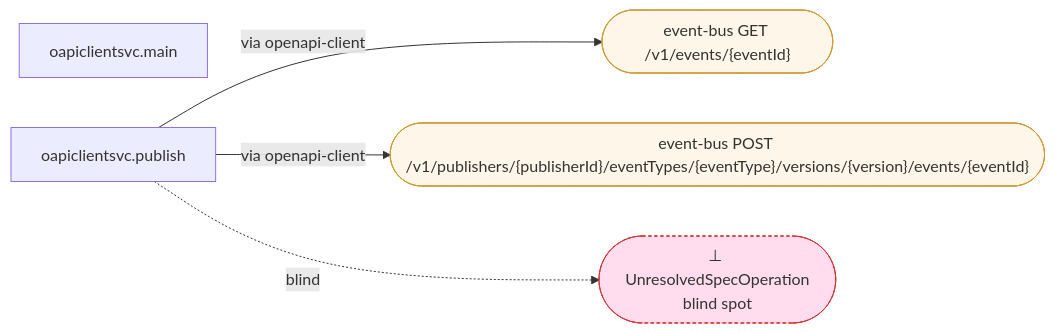
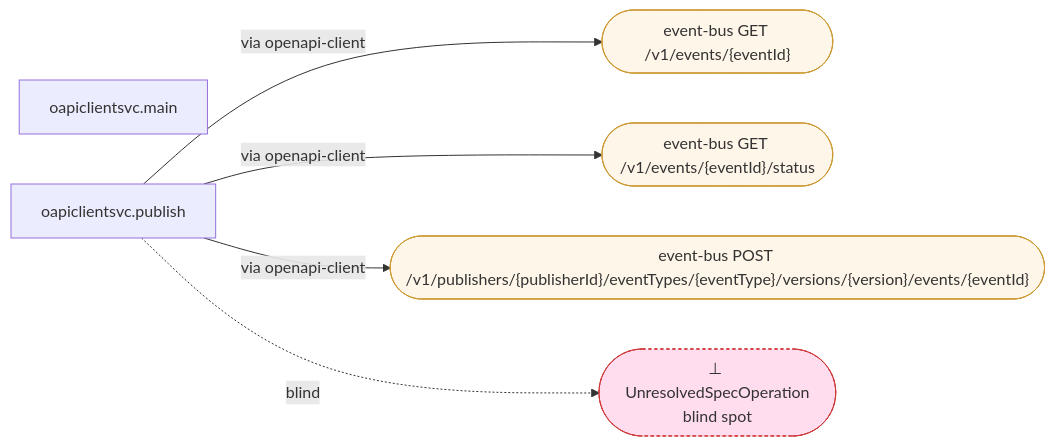
Before and after one commit to jyang234/verdi-go: the diagram in internal/static/graphio/testdata/oapiclientsvc.openapi.callgraph.md, drawn with Mermaid. The commit also changed 11 other files, not shown here.

First line of the commit message:
flowmap: address openapi-client-labeling review findings

````diff
--- a/internal/static/graphio/testdata/oapiclientsvc.openapi.callgraph.md
+++ b/internal/static/graphio/testdata/oapiclientsvc.openapi.callgraph.md
@@ -1,18 +1,20 @@
 ```mermaid
 flowchart LR
     %% static call graph — scope: whole graph; algo: rta
-    %% 8 first-party nodes above tier 2 hidden as plumbing; pass --show-plumbing to include
+    %% 10 first-party nodes above tier 2 hidden as plumbing; pass --show-plumbing to include
     oapiclientsvc_main["oapiclientsvc.main"]
     oapiclientsvc_publish["oapiclientsvc.publish"]
     external_event_bus_GET__v1_events__eventId_(["event-bus GET /v1/events/{eventId}"]):::external
+    external_event_bus_GET__v1_events__eventId__status(["event-bus GET /v1/events/{eventId}/status"]):::external
     external_event_bus_POST__v1_publishers__publisherId__eventTypes__eventType__versions__version__events__eventId_(["event-bus POST /v1/publishers/{publisherId}/eventTypes/{eventType}/versions/{version}/events/{eventId}"]):::external
     blind_UnresolvedSpecOperation(["⊥ UnresolvedSpecOperation<br/>blind spot"]):::blind
     oapiclientsvc_publish -->|via openapi-client| external_event_bus_GET__v1_events__eventId_
+    oapiclientsvc_publish -->|via openapi-client| external_event_bus_GET__v1_events__eventId__status
     oapiclientsvc_publish -->|via openapi-client| external_event_bus_POST__v1_publishers__publisherId__eventTypes__eventType__versions__version__events__eventId_
     oapiclientsvc_publish -. blind .-> blind_UnresolvedSpecOperation
     classDef fallible stroke:#c44,stroke-width:2px
     classDef db fill:#eef,stroke:#66a
     classDef bus fill:#efe,stroke:#5a5
     classDef external fill:#fef6e8,stroke:#c93
     classDef blind fill:#fde,stroke:#c33,stroke-dasharray:3 3
 ```
````
